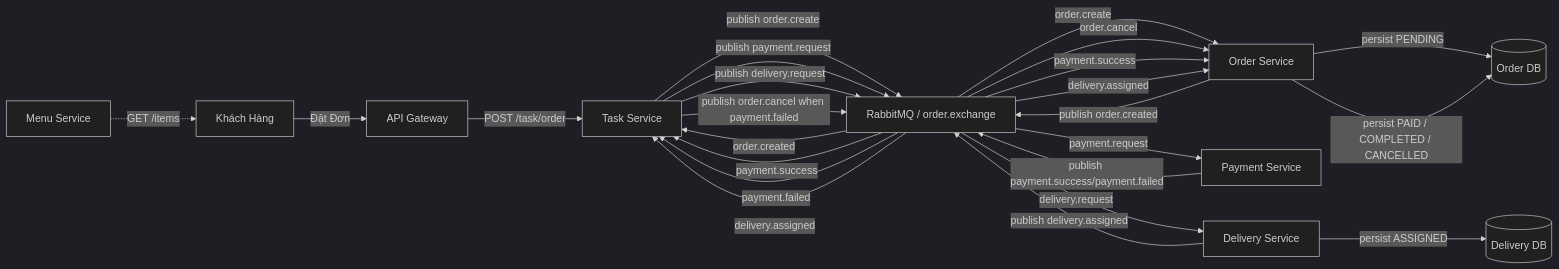
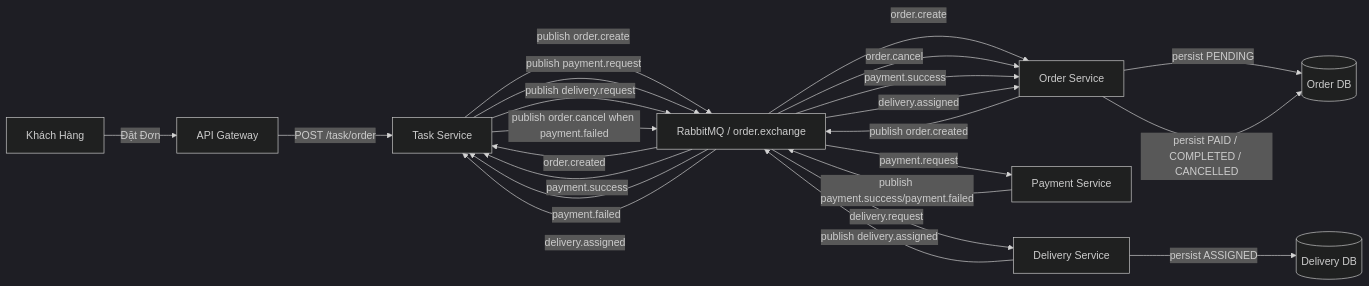
The first of 7 diagrams in analysis-and-design-new.md (Dung1409/SOA), drawn with Mermaid (dark theme) before and after one commit. The commit also changed other lines of this file and 3 other files, not shown here.

````diff
--- a/analysis-and-design-new.md
+++ b/analysis-and-design-new.md
@@ -31,26 +31,25 @@
 ```mermaid
 flowchart LR
     C[Khách Hàng] -->|Đặt Đơn| API[API Gateway]
     API -->|POST /task/order| TS[Task Service]
     TS -->|publish order.create| MQ[RabbitMQ / order.exchange]
     MQ -->|order.create| OS[Order Service]
     OS -->|persist PENDING| ODB[(Order DB)]
     OS -->|publish order.created| MQ
     MQ -->|order.created| TS
     TS -->|publish payment.request| MQ
     MQ -->|payment.request| PS[Payment Service]
     PS -->|publish payment.success/payment.failed| MQ
     MQ -->|payment.success| TS
     MQ -->|payment.failed| TS
     TS -->|publish delivery.request| MQ
     MQ -->|delivery.request| DS[Delivery Service]
     DS -->|persist ASSIGNED| DDB[(Delivery DB)]
     DS -->|publish delivery.assigned| MQ
     MQ -->|delivery.assigned| TS
     TS -->|publish order.cancel when payment.failed| MQ
     MQ -->|order.cancel| OS
     MQ -->|payment.success| OS
     MQ -->|delivery.assigned| OS
     OS -->|persist PAID / COMPLETED / CANCELLED| ODB
-    MS[Menu Service] -.->|GET /items| C
 ```
````
